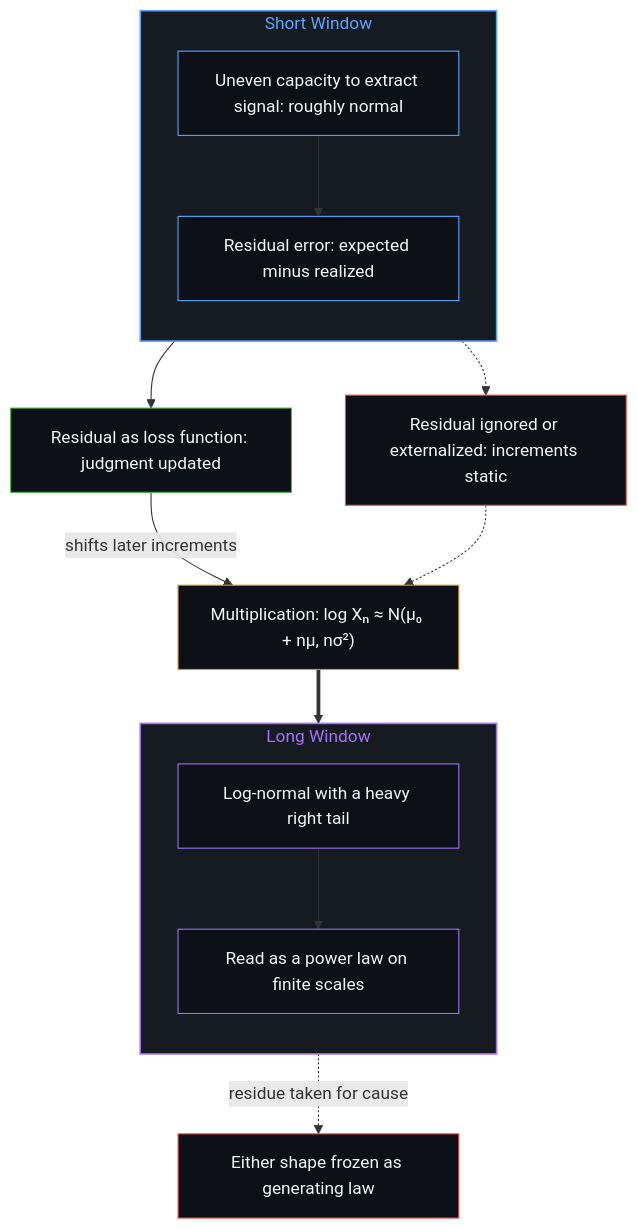
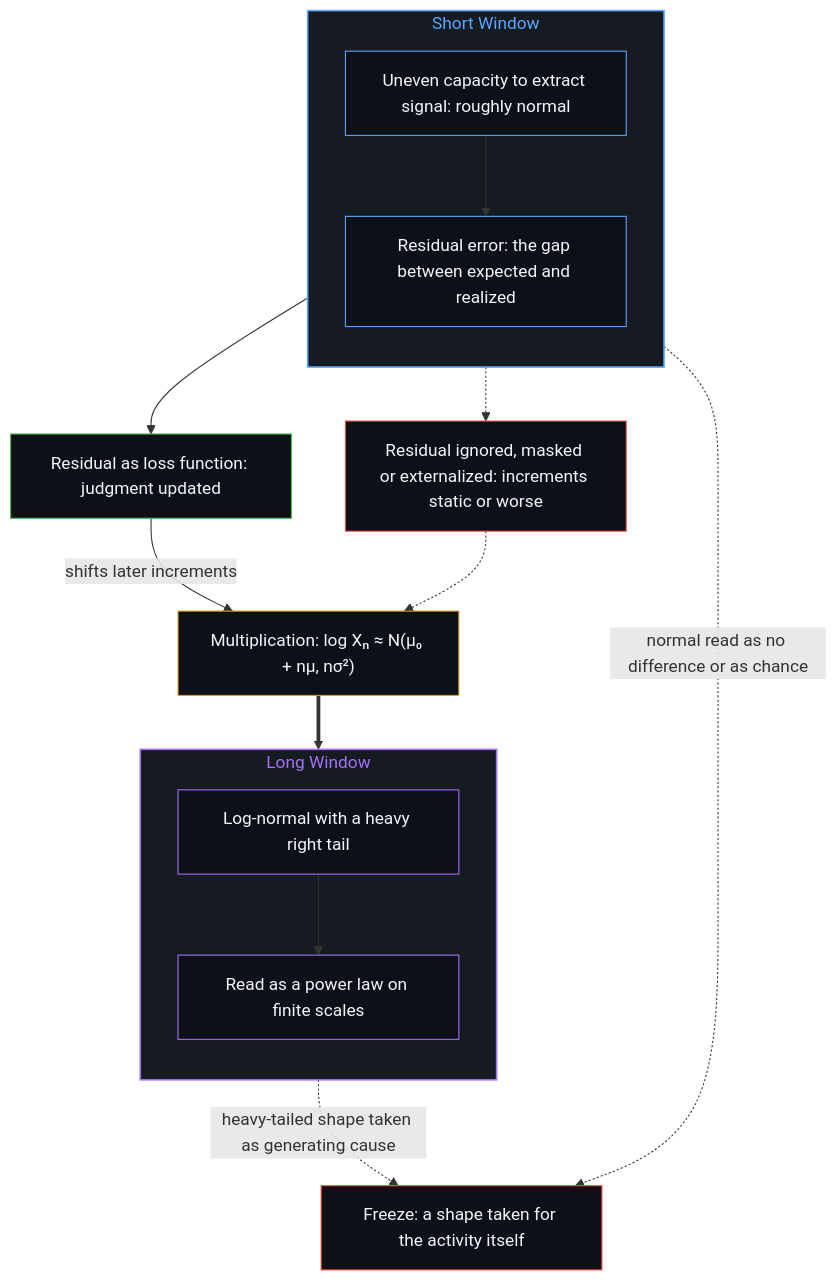
One commit to powerpig99/not-a-toe changed the second of 2 diagrams in content/posts/power-law-is-the-long-term-consequence-of-normal-distribution.md. Above: the diagram before and after it, drawn with Mermaid. The commit also changed other lines of this file and 3 other files, not shown here.

Commit message:
Refine 幂律是正态分布的长期后果 / Power Law Is the Long-Term Consequence of Normal Distribution after Grok Build and Antigravity reviews

````diff
--- a/content/posts/power-law-is-the-long-term-consequence-of-normal-distribution.md
+++ b/content/posts/power-law-is-the-long-term-consequence-of-normal-distribution.md
@@ -92,34 +93,35 @@
 ```mermaid
 flowchart TD
     subgraph S_Short["Short Window"]
         direction TB
         N1["Uneven capacity to extract signal: roughly normal"]
-        N2["Residual error: expected minus realized"]
+        N2["Residual error: the gap between expected and realized"]
     end
     U["Residual as loss function: judgment updated"]
-    E["Residual ignored or externalized: increments static"]
+    E["Residual ignored, masked or externalized: increments static or worse"]
     M["Multiplication: log Xₙ ≈ N(μ₀ + nμ, nσ²)"]
     subgraph S_Long["Long Window"]
         direction TB
         L1["Log-normal with a heavy right tail"]
         L2["Read as a power law on finite scales"]
     end
-    F["Either shape frozen as generating law"]
+    F["Freeze: a shape taken for the activity itself"]
     N1 --> N2
     N2 --> U
     N2 -.-> E
     U -->|"shifts later increments"| M
     E -.-> M
     M ==> L1 --> L2
-    L2 -.->|"residue taken for cause"| F
+    N1 -.->|"normal read as no difference or as chance"| F
+    L2 -.->|"heavy-tailed shape taken as generating cause"| F
     style S_Short fill:#161b22,stroke:#58a6ff,stroke-width:1.5px,color:#58a6ff
     style S_Long fill:#161b22,stroke:#a371f7,stroke-width:1.5px,color:#a371f7
     style N1 fill:#0d1117,stroke:#58a6ff,stroke-width:1px,color:#f0f6fc
     style N2 fill:#0d1117,stroke:#58a6ff,stroke-width:1px,color:#f0f6fc
     style U fill:#0d1117,stroke:#3fb950,stroke-width:1px,color:#f0f6fc
     style E fill:#0d1117,stroke:#f85149,stroke-width:1px,color:#f0f6fc
     style M fill:#0d1117,stroke:#d29922,stroke-width:1px,color:#f0f6fc
     style L1 fill:#0d1117,stroke:#a371f7,stroke-width:1px,color:#f0f6fc
     style L2 fill:#0d1117,stroke:#a371f7,stroke-width:1px,color:#f0f6fc
     style F fill:#0d1117,stroke:#f85149,stroke-width:1px,color:#f0f6fc
 ```
````
